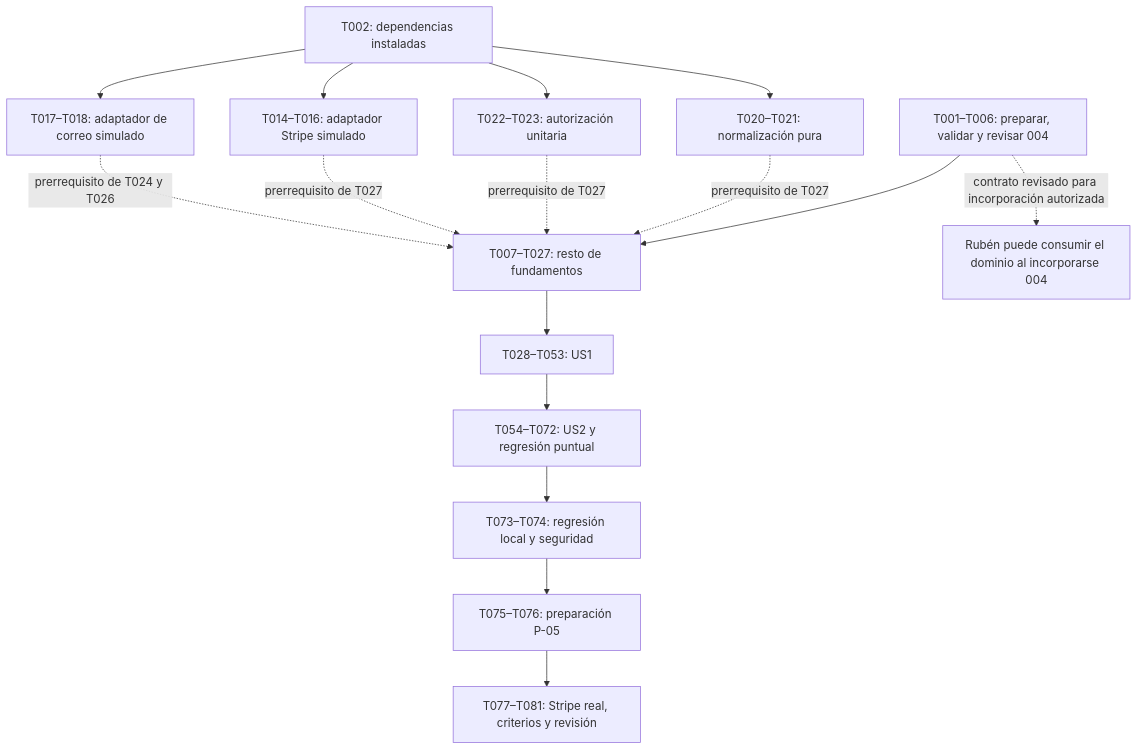
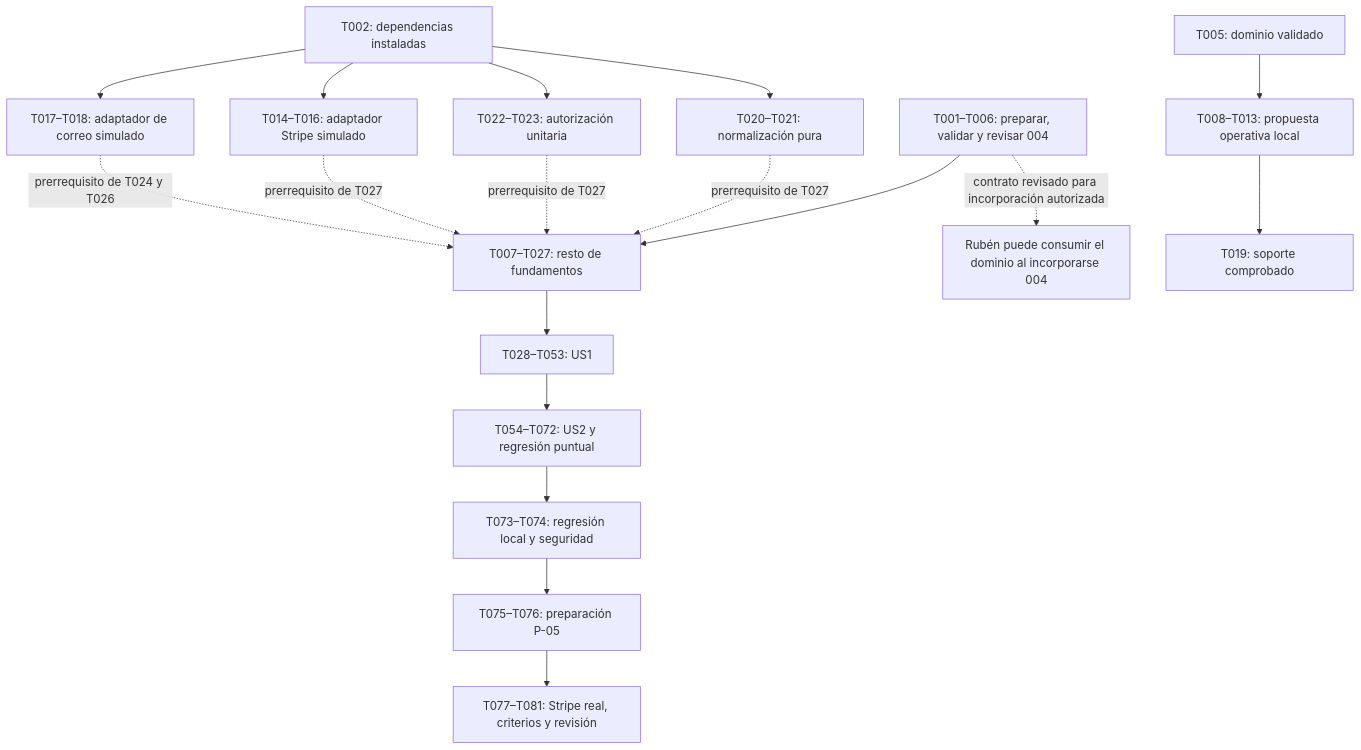
The diagram in specs/spec-001/tasks.md (nmp55-ua/IWEB_ONG), drawn with Mermaid before and after one commit. The commit also changed other lines of this file and 6 other files, not shown here.

Commit message:
HU-01: añade persistencia operativa y soporte de integración

````diff
--- a/specs/spec-001/tasks.md
+++ b/specs/spec-001/tasks.md
@@ -498,18 +506,20 @@
 ```mermaid
 flowchart TD
     A["T001–T006: preparar, validar y revisar 004"] --> B["T007–T027: resto de fundamentos"]
     A -. "contrato revisado para incorporación autorizada" .-> R["Rubén puede consumir el dominio al incorporarse 004"]
+    L["T005: dominio validado"] --> O["T008–T013: propuesta operativa local"]
+    O --> H["T019: soporte comprobado"]
     N["T002: dependencias instaladas"] --> P["T020–T021: normalización pura"]
     P -. "prerrequisito de T027" .-> B
     N --> U["T022–T023: autorización unitaria"]
     U -. "prerrequisito de T027" .-> B
     N --> Q["T014–T016: adaptador Stripe simulado"]
     Q -. "prerrequisito de T027" .-> B
     N --> S["T017–T018: adaptador de correo simulado"]
     S -. "prerrequisito de T024 y T026" .-> B
     B --> C["T028–T053: US1"]
     C --> D["T054–T072: US2 y regresión puntual"]
     D --> E["T073–T074: regresión local y seguridad"]
     E --> F["T075–T076: preparación P-05"]
     F --> G["T077–T081: Stripe real, criterios y revisión"]
 ```
````
